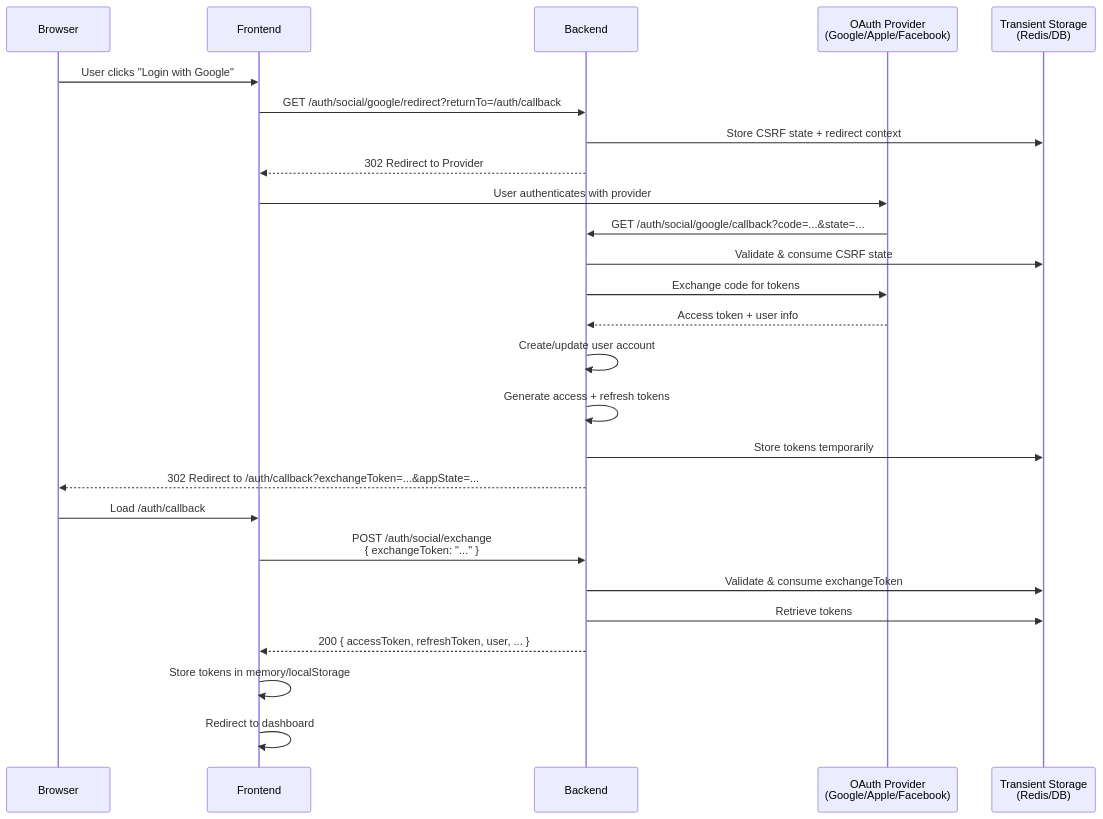
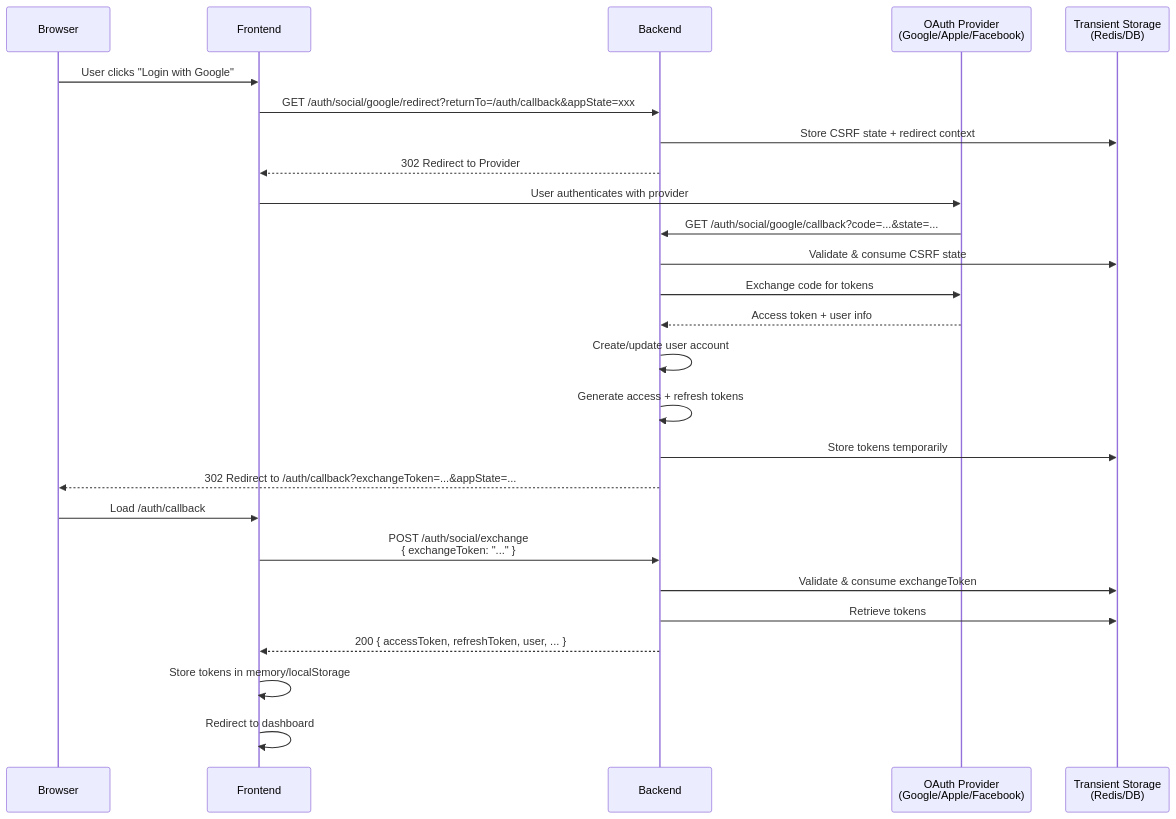
One commit to noorixorg/nauth-toolkit changed the second of 3 diagrams in nauth-docs/docs/features/social-login.md. Above: the diagram before and after it, drawn with Mermaid. The commit also changed other lines of this file and 66 other files, not shown here.

````diff
--- a/nauth-docs/docs/features/social-login.md
+++ b/nauth-docs/docs/features/social-login.md
@@ -289,29 +62,29 @@
 ```mermaid
 sequenceDiagram
     participant Browser
     participant Frontend
     participant Backend
     participant Provider as OAuth Provider<br/>(Google/Apple/Facebook)
     participant Storage as Transient Storage<br/>(Redis/DB)
 
     Browser->>Frontend: User clicks "Login with Google"
-    Frontend->>Backend: GET /auth/social/google/redirect?returnTo=/auth/callback
+    Frontend->>Backend: GET /auth/social/google/redirect?returnTo=/auth/callback&appState=xxx
     Backend->>Storage: Store CSRF state + redirect context
     Backend-->>Frontend: 302 Redirect to Provider
     Frontend->>Provider: User authenticates with provider
     Provider->>Backend: GET /auth/social/google/callback?code=...&state=...
     Backend->>Storage: Validate & consume CSRF state
     Backend->>Provider: Exchange code for tokens
     Provider-->>Backend: Access token + user info
     Backend->>Backend: Create/update user account
     Backend->>Backend: Generate access + refresh tokens
     Backend->>Storage: Store tokens temporarily
     Backend-->>Browser: 302 Redirect to /auth/callback?exchangeToken=...&appState=...
     Browser->>Frontend: Load /auth/callback
     Frontend->>Backend: POST /auth/social/exchange<br/>{ exchangeToken: "..." }
     Backend->>Storage: Validate & consume exchangeToken
     Backend->>Storage: Retrieve tokens
     Backend-->>Frontend: 200 { accessToken, refreshToken, user, ... }
     Frontend->>Frontend: Store tokens in memory/localStorage
     Frontend->>Frontend: Redirect to dashboard
 ```
````
